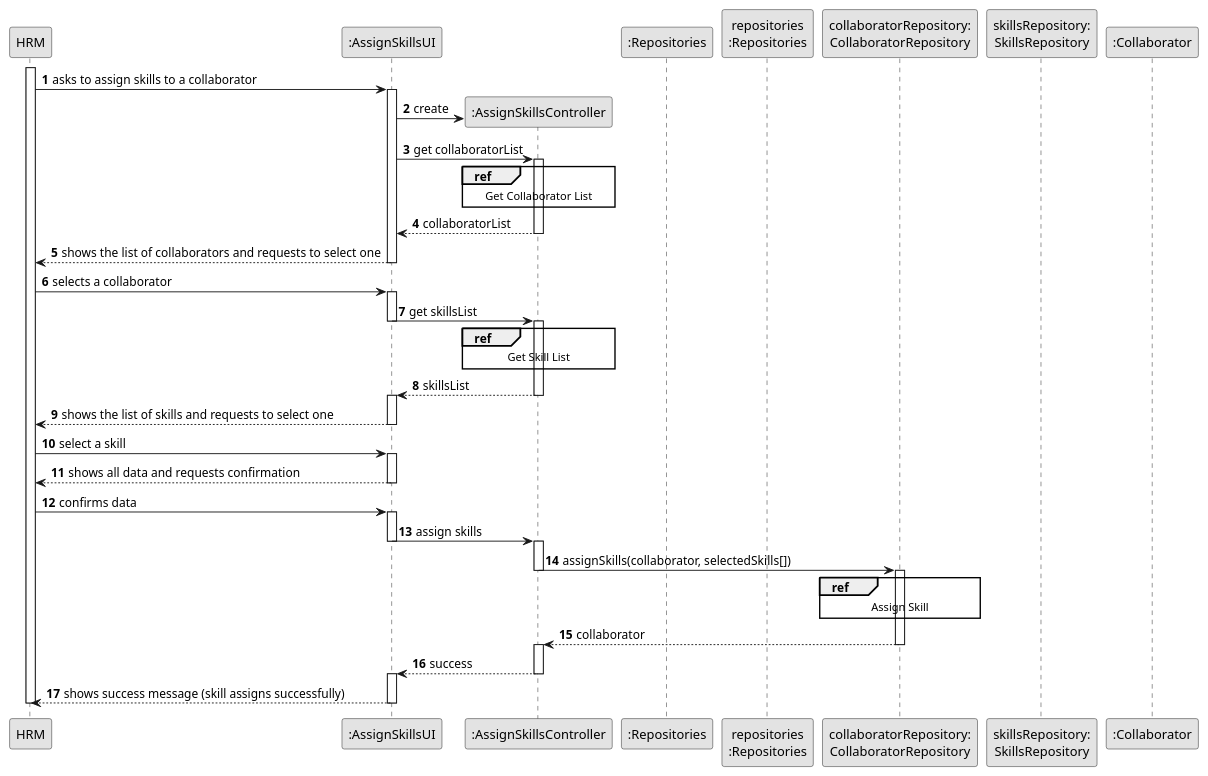
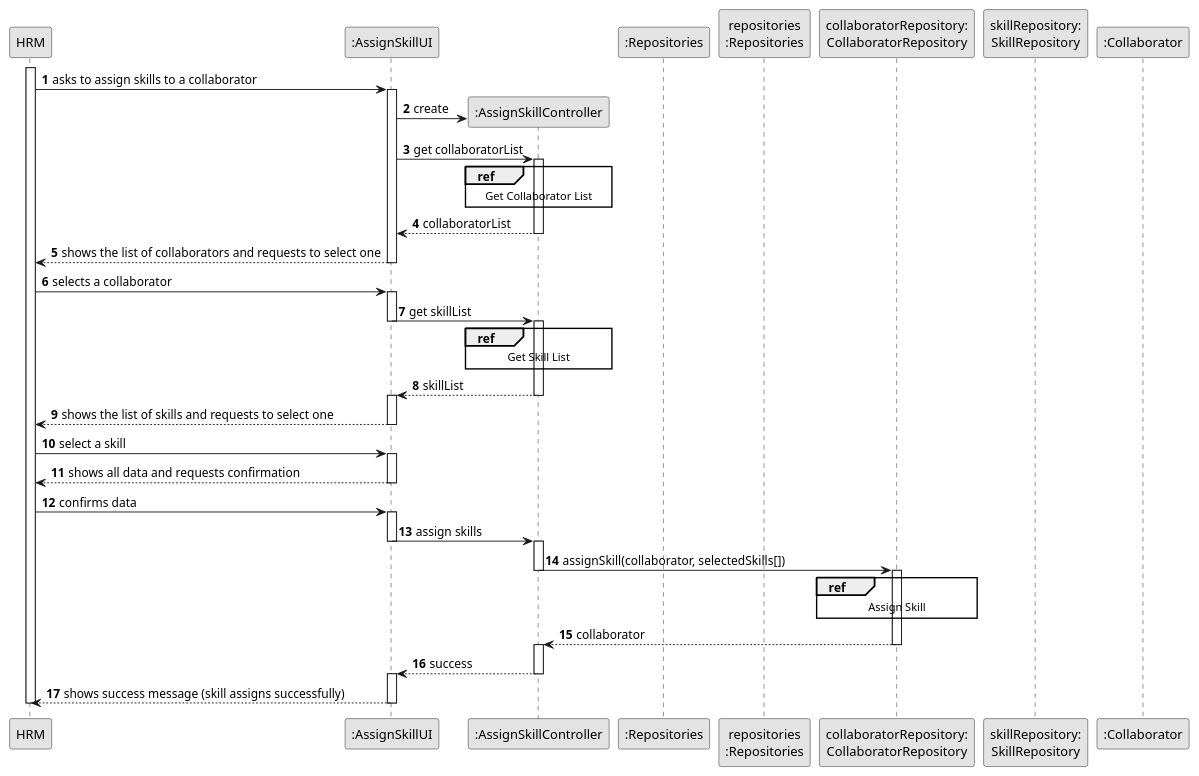
One commit to ricardomm7/leaflink changed the diagram in docs/sprintB/us004/03.design/puml/us004-sequence-diagram-split.puml. Above: the diagram before and after it, drawn with PlantUML. The commit also changed 10 other files, not shown here.

```diff
--- a/docs/sprintB/us004/03.design/puml/us004-sequence-diagram-split.puml
+++ b/docs/sprintB/us004/03.design/puml/us004-sequence-diagram-split.puml
@@ -1,88 +1,88 @@
 @startuml
 skinparam monochrome true
 skinparam packageStyle rectangle
 skinparam shadowing false
 
 autonumber
 
 participant "HRM" as HRM
-participant ":AssignSkillsUI" as UI
-participant ":AssignSkillsController" as CTRL
+participant ":AssignSkillUI" as UI
+participant ":AssignSkillController" as CTRL
 participant ":Repositories" as GlobRepo
 participant "repositories\n:Repositories" as PLAT
 participant "collaboratorRepository:\nCollaboratorRepository" as CLBREP
-participant "skillsRepository:\nSkillsRepository" as skillsRepository
+participant "skillRepository:\nSkillRepository" as skillRepository
 participant ":Collaborator" as CLB
 
 
 activate HRM
 HRM -> UI : asks to assign skills to a collaborator
 activate UI
 UI -> CTRL** : create
 
 UI -> CTRL: get collaboratorList
 activate CTRL
 
 ref over CTRL
 Get Collaborator List
 end ref
 
 CTRL --> UI : collaboratorList
 deactivate CTRL
 UI --> HRM : shows the list of collaborators and requests to select one
 deactivate UI
 
 HRM -> UI : selects a collaborator
 activate UI
 
-UI -> CTRL : get skillsList
+UI -> CTRL : get skillList
 deactivate UI
 activate CTRL
 
 ref over CTRL
 Get Skill List
 end ref
 
 
 
-CTRL --> UI : skillsList
+CTRL --> UI : skillList
 deactivate CTRL
 activate UI
 
 UI --> HRM : shows the list of skills and requests to select one
 deactivate UI
 
 HRM -> UI : select a skill
 activate UI
 
 UI --> HRM: shows all data and requests confirmation
 deactivate UI
 
 HRM -> UI: confirms data
 activate UI
 
 UI -> CTRL : assign skills
 deactivate UI
 activate CTRL
 
 
-CTRL -> CLBREP : assignSkills(collaborator, selectedSkills[])
+CTRL -> CLBREP : assignSkill(collaborator, selectedSkills[])
 deactivate CTRL
 
 activate CLBREP
 
 ref over CLBREP
 Assign Skill
 end ref
 
 
 CLBREP --> CTRL : collaborator
 deactivate CLBREP
 activate CTRL
 CTRL --> UI : success
 deactivate CTRL
 activate UI
 UI --> HRM : shows success message (skill assigns successfully)
 deactivate UI
 deactivate HRM
 @enduml
```
